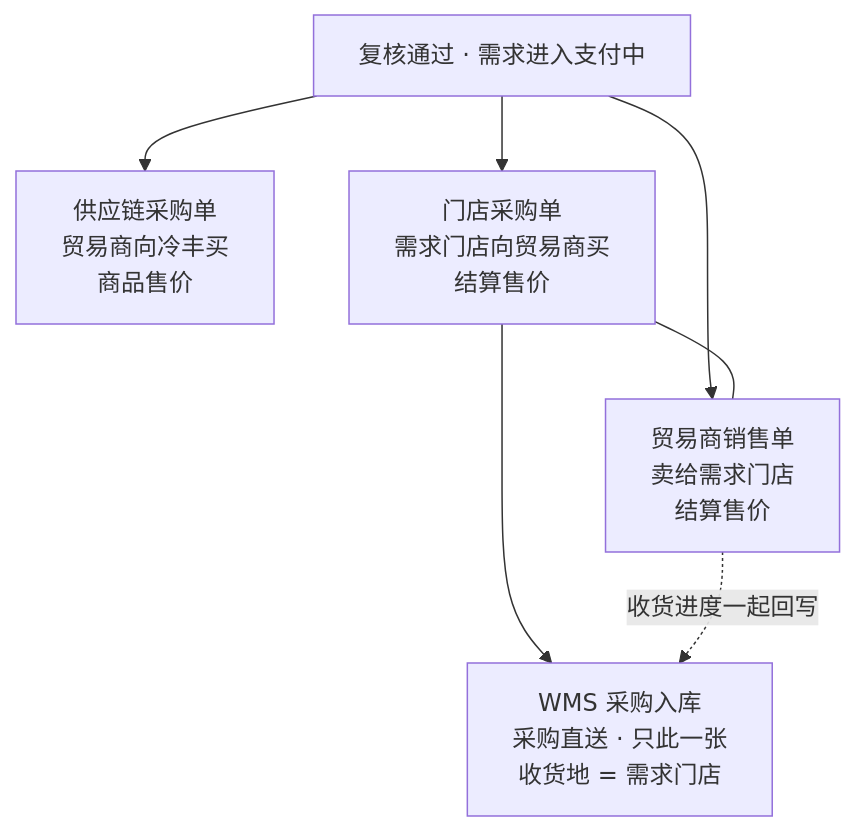
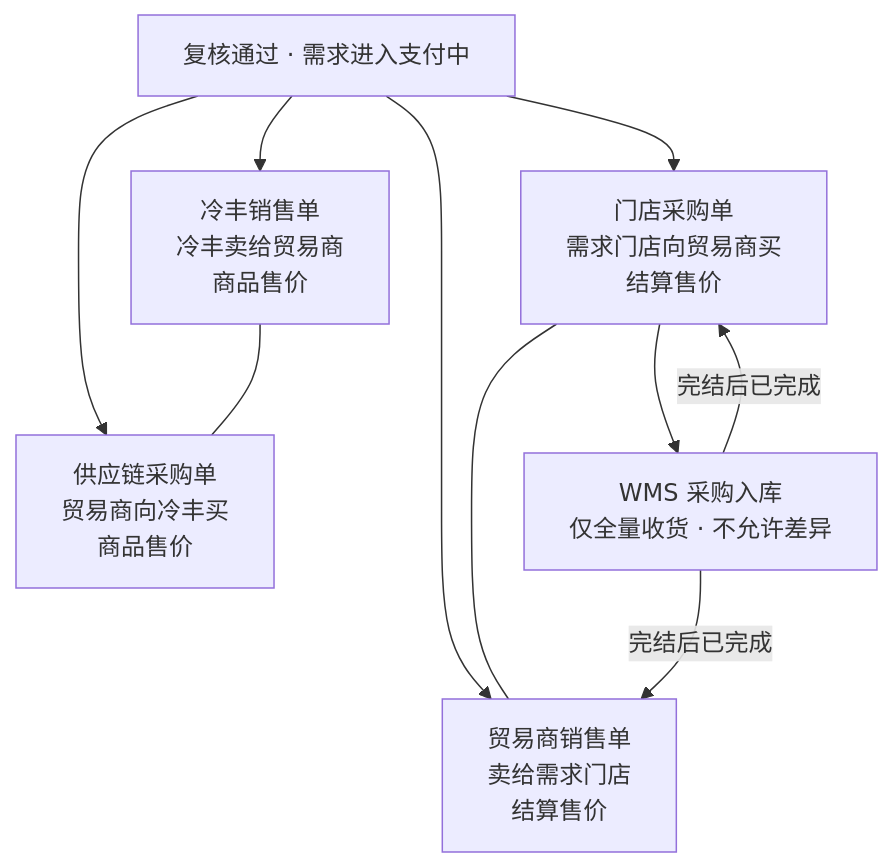
One commit to 342-droid/LFerp changed the second of 4 diagrams in RBT/docs/需求复核后单据方案.md. Above: the diagram before and after it, drawn with Mermaid. The commit also changed other lines of this file and 33 other files, not shown here.

````diff
--- a/RBT/docs/需求复核后单据方案.md
+++ b/RBT/docs/需求复核后单据方案.md
@@ -49,9 +50,12 @@
 ```mermaid
 flowchart TB
-  R[复核通过 · 需求进入支付中] --> P1[供应链采购单<br/>贸易商向冷丰买<br/>商品售价]
+  R[复核通过 · 需求进入支付中] --> S0[冷丰销售单<br/>冷丰卖给贸易商<br/>商品售价]
+  R --> P1[供应链采购单<br/>贸易商向冷丰买<br/>商品售价]
   R --> P2[门店采购单<br/>需求门店向贸易商买<br/>结算售价]
   R --> S1[贸易商销售单<br/>卖给需求门店<br/>结算售价]
+  S0 --- P1
   P2 --- S1
-  P2 --> IBD[WMS 采购入库<br/>采购直送 · 只此一张<br/>收货地 = 需求门店]
-  S1 -.->|收货进度一起回写| IBD
+  P2 --> IBD[WMS 采购入库<br/>仅全量收货 · 不允许差异]
+  IBD -->|完结后已完成| P2
+  IBD -->|完结后已完成| S1
 ```
````
